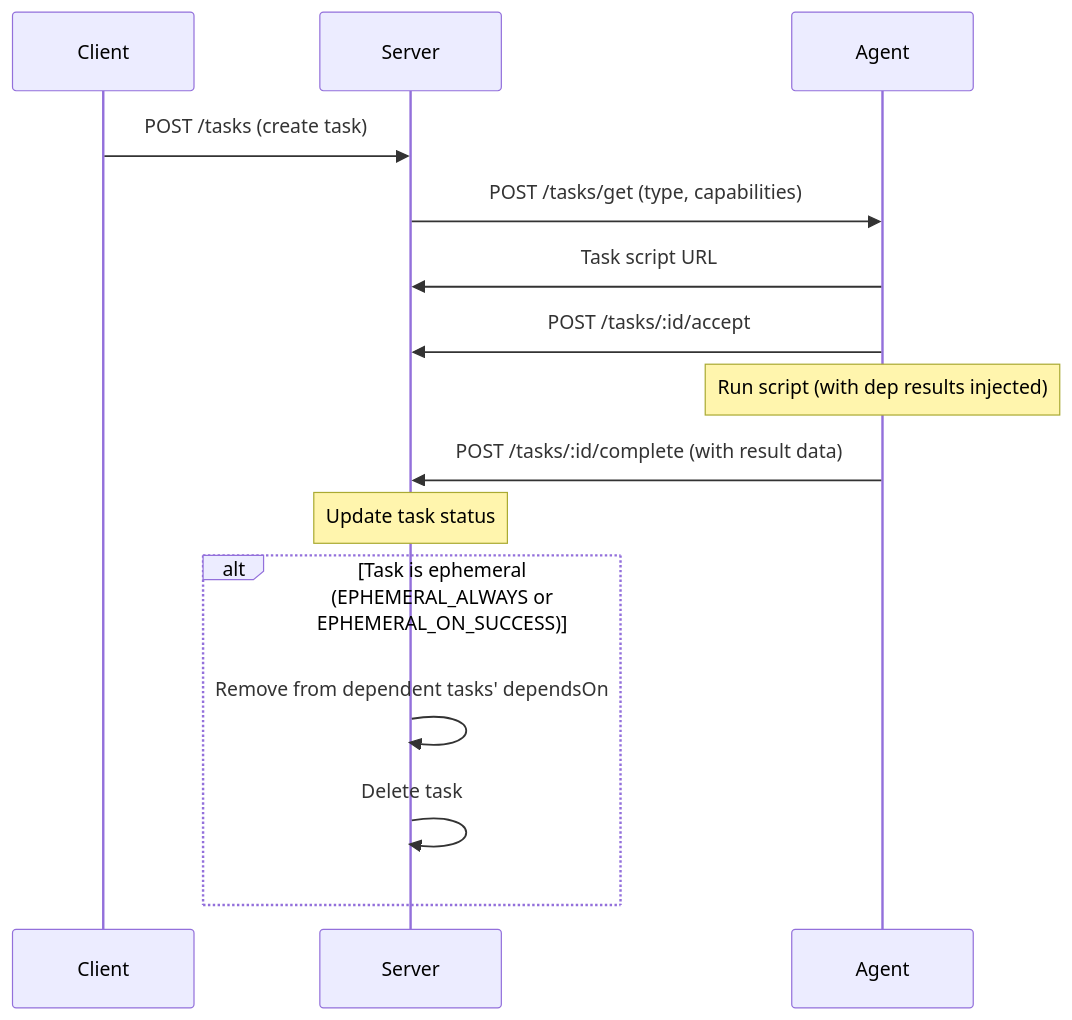
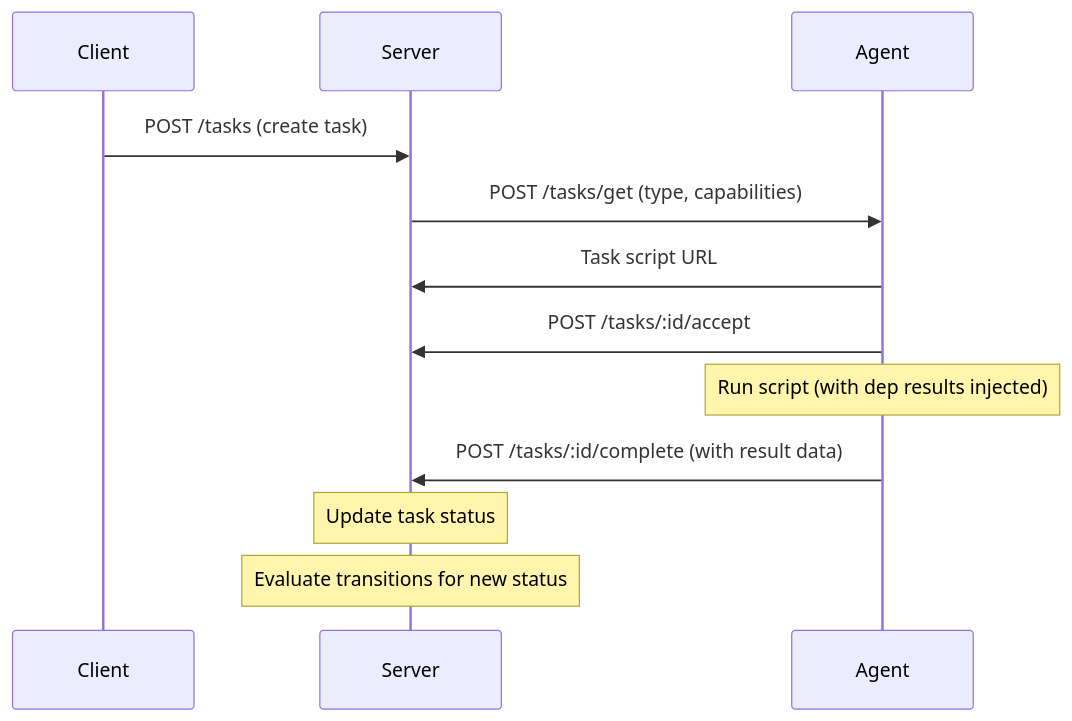
One commit to jorisvddonk/sheetbot changed the first of 4 diagrams in README.md. Above: the diagram before and after it, drawn with Mermaid. The commit also changed other lines of this file and 12 other files, not shown here.

````diff
--- a/README.md
+++ b/README.md
@@ -46,18 +46,15 @@
 ```mermaid
 sequenceDiagram
     participant Client
     participant Server
     participant Agent
 
     Client->>Server: POST /tasks (create task)
     Server->>Agent: POST /tasks/get (type, capabilities)
     Agent->>Server: Task script URL
     Agent->>Server: POST /tasks/:id/accept
     Note over Agent: Run script (with dep results injected)
     Agent->>Server: POST /tasks/:id/complete (with result data)
     Note over Server: Update task status
-    alt Task is ephemeral (EPHEMERAL_ALWAYS or EPHEMERAL_ON_SUCCESS)
-        Server->>Server: Remove from dependent tasks' dependsOn
-        Server->>Server: Delete task
-    end
+    Note over Server: Evaluate transitions for new status
 ```
````
